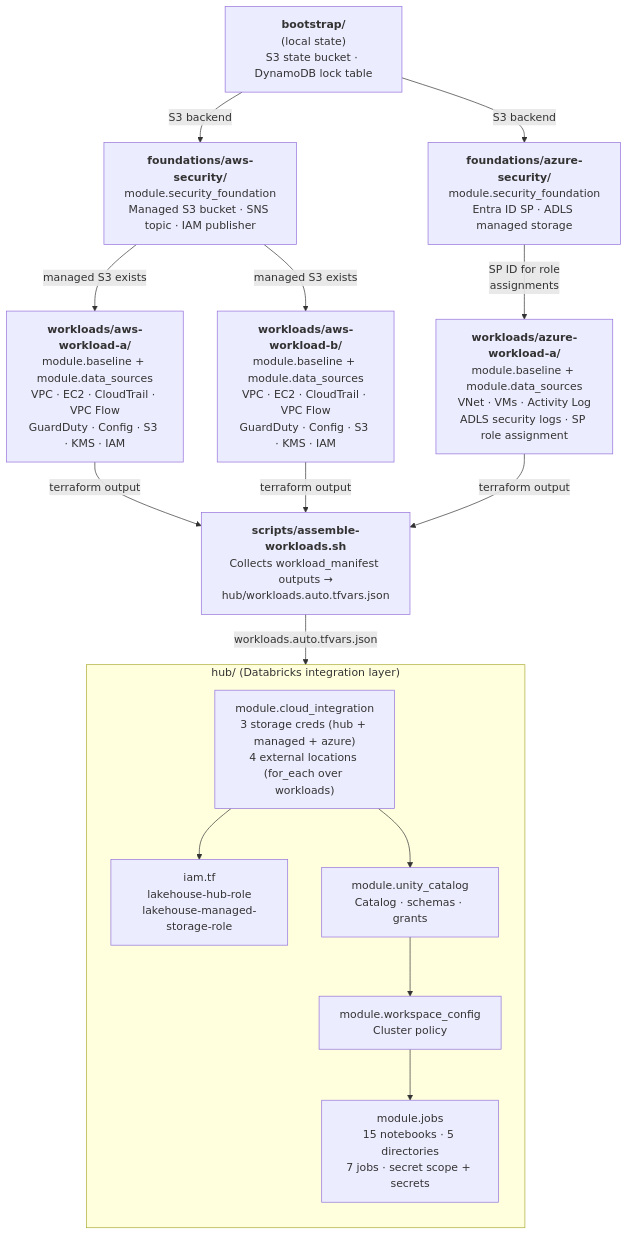
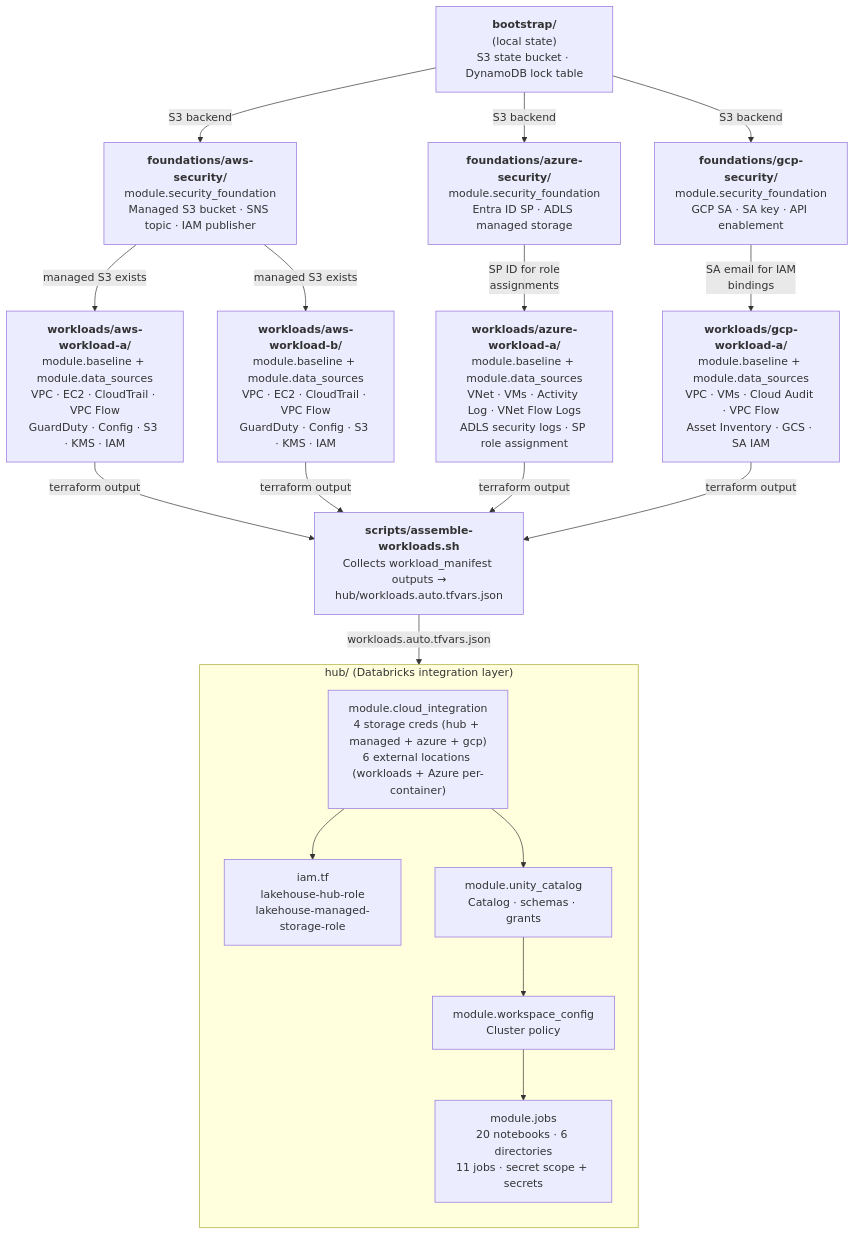
One commit to snk5125/security-data-platform changed the diagram in diagrams/04_terraform_modules.mmd. Above: the diagram before and after it, drawn with Mermaid. The commit also changed 68 other files, not shown here.

```diff
--- a/diagrams/04_terraform_modules.mmd
+++ b/diagrams/04_terraform_modules.mmd
@@ -1,34 +1,40 @@
 graph TD
     BOOT["<b>bootstrap/</b><br/>(local state)<br/>S3 state bucket · DynamoDB lock table"]
 
     FOUNDA["<b>foundations/aws-security/</b><br/>module.security_foundation<br/>Managed S3 bucket · SNS topic · IAM publisher"]
 
     FOUNDAZ["<b>foundations/azure-security/</b><br/>module.security_foundation<br/>Entra ID SP · ADLS managed storage"]
 
+    FOUNDGCP["<b>foundations/gcp-security/</b><br/>module.security_foundation<br/>GCP SA · SA key · API enablement"]
+
     WKA["<b>workloads/aws-workload-a/</b><br/>module.baseline + module.data_sources<br/>VPC · EC2 · CloudTrail · VPC Flow<br/>GuardDuty · Config · S3 · KMS · IAM"]
 
     WKB["<b>workloads/aws-workload-b/</b><br/>module.baseline + module.data_sources<br/>VPC · EC2 · CloudTrail · VPC Flow<br/>GuardDuty · Config · S3 · KMS · IAM"]
 
-    WKAZA["<b>workloads/azure-workload-a/</b><br/>module.baseline + module.data_sources<br/>VNet · VMs · Activity Log<br/>ADLS security logs · SP role assignment"]
+    WKAZA["<b>workloads/azure-workload-a/</b><br/>module.baseline + module.data_sources<br/>VNet · VMs · Activity Log · VNet Flow Logs<br/>ADLS security logs · SP role assignment"]
+
+    WKGCPA["<b>workloads/gcp-workload-a/</b><br/>module.baseline + module.data_sources<br/>VPC · VMs · Cloud Audit · VPC Flow<br/>Asset Inventory · GCS · SA IAM"]
 
     ASM["<b>scripts/assemble-workloads.sh</b><br/>Collects workload_manifest outputs →<br/>hub/workloads.auto.tfvars.json"]
 
     subgraph HUB ["hub/ (Databricks integration layer)"]
         direction TB
         IAM["iam.tf<br/>lakehouse-hub-role<br/>lakehouse-managed-storage-role"]
-        CI["module.cloud_integration<br/>3 storage creds (hub + managed + azure)<br/>4 external locations (for_each over workloads)"]
+        CI["module.cloud_integration<br/>4 storage creds (hub + managed + azure + gcp)<br/>6 external locations (workloads + Azure per-container)"]
         UC["module.unity_catalog<br/>Catalog · schemas · grants"]
         WC["module.workspace_config<br/>Cluster policy"]
-        JOBS["module.jobs<br/>15 notebooks · 5 directories<br/>7 jobs · secret scope + secrets"]
+        JOBS["module.jobs<br/>20 notebooks · 6 directories<br/>11 jobs · secret scope + secrets"]
         CI --> IAM
         CI --> UC
         UC --> WC
         WC --> JOBS
     end
 
     BOOT -->|"S3 backend"| FOUNDA
     BOOT -->|"S3 backend"| FOUNDAZ
+    BOOT -->|"S3 backend"| FOUNDGCP
     FOUNDA -->|"managed S3 exists"| WKA & WKB
     FOUNDAZ -->|"SP ID for role<br/>assignments"| WKAZA
-    WKA & WKB & WKAZA -->|"terraform output"| ASM
+    FOUNDGCP -->|"SA email for IAM<br/>bindings"| WKGCPA
+    WKA & WKB & WKAZA & WKGCPA -->|"terraform output"| ASM
     ASM -->|"workloads.auto.tfvars.json"| CI
```
